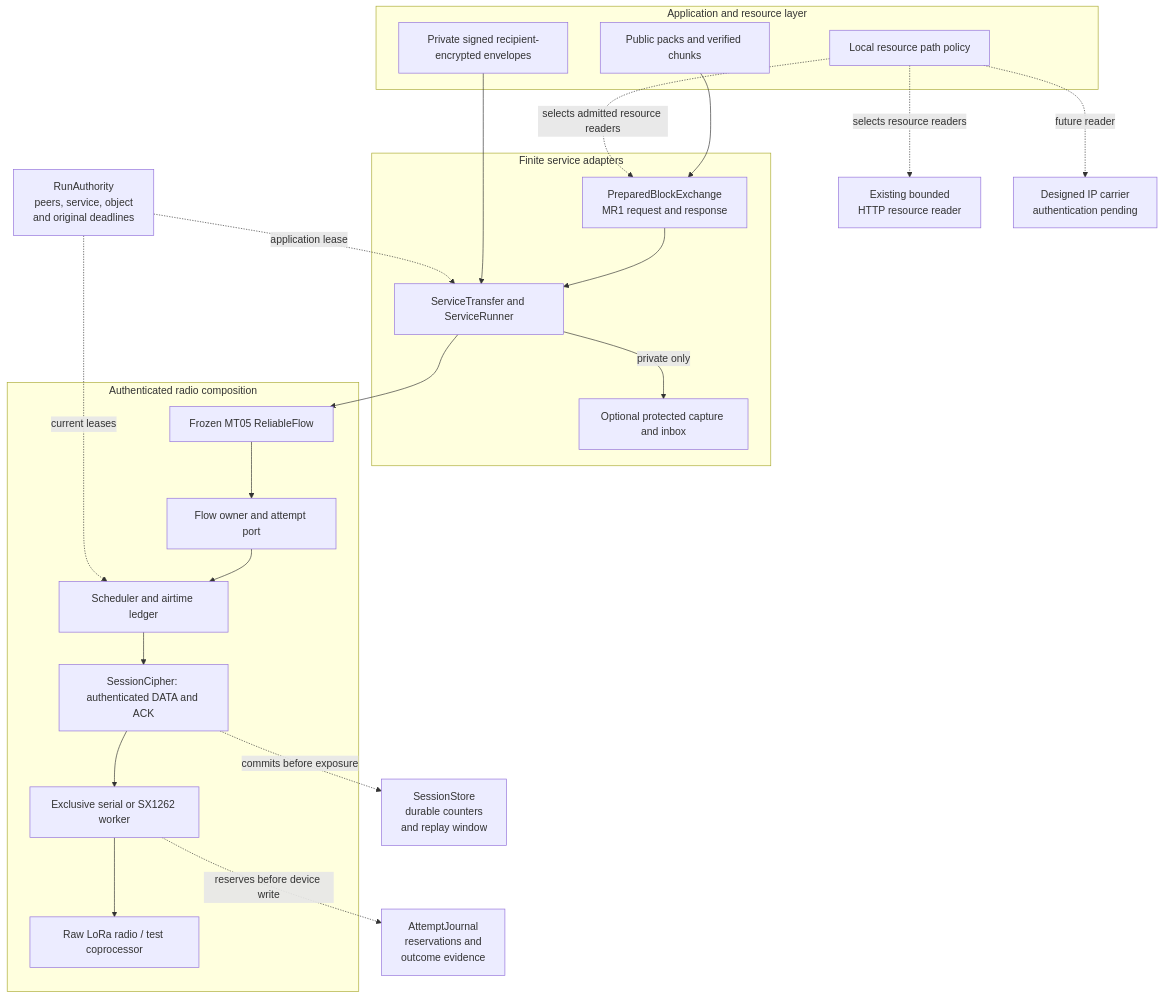
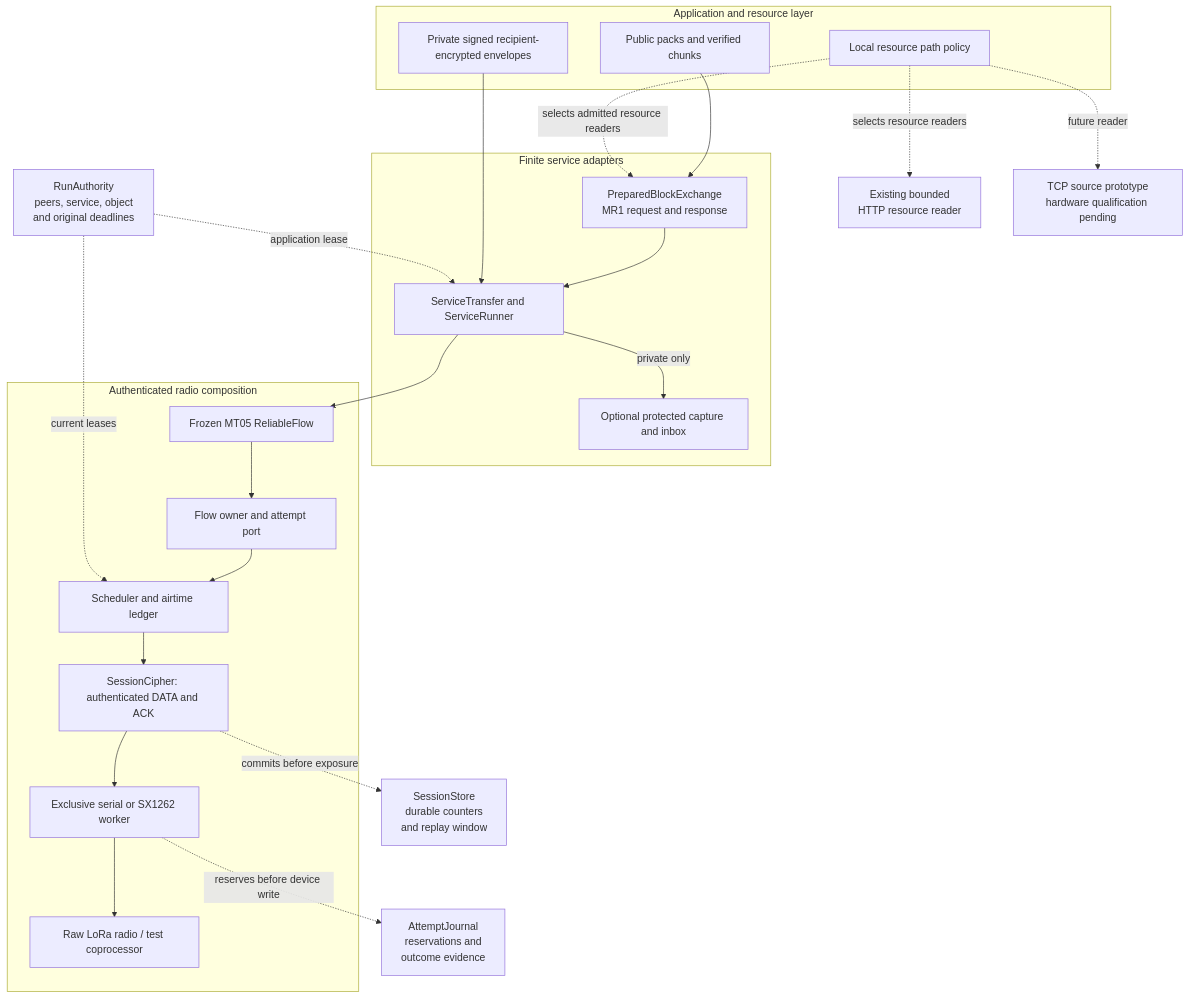
The first of 3 diagrams in docs/ARCHITECTURE.md (l33tdawg/meshticulum), drawn with Mermaid before and after one commit. The commit also changed other lines of this file and 20 other files, not shown here.

Commit message:
Add authenticated TCP source carrier with durable byte accounting

````diff
--- a/docs/ARCHITECTURE.md
+++ b/docs/ARCHITECTURE.md
@@ -11,41 +11,41 @@
 ```mermaid
 flowchart TB
     subgraph Application[Application and resource layer]
         Resources["Public packs and verified chunks"]
         Envelopes["Private signed recipient-encrypted envelopes"]
         Policy["Local resource path policy"]
     end
 
     subgraph Service[Finite service adapters]
         Transfer["ServiceTransfer and ServiceRunner"]
         Blocks["PreparedBlockExchange<br/>MR1 request and response"]
         Capture["Optional protected capture and inbox"]
     end
 
     subgraph Transport[Authenticated radio composition]
         Flow["Frozen MT05 ReliableFlow"]
         Port["Flow owner and attempt port"]
         Scheduler["Scheduler and airtime ledger"]
         Wire["SessionCipher: authenticated DATA and ACK"]
         Worker["Exclusive serial or SX1262 worker"]
         Radio["Raw LoRa radio / test coprocessor"]
     end
 
     Authority["RunAuthority<br/>peers, service, object<br/>and original deadlines"]
     Replay["SessionStore<br/>durable counters<br/>and replay window"]
     Attempts["AttemptJournal<br/>reservations and<br/>outcome evidence"]
     HTTP["Existing bounded<br/>HTTP resource reader"]
-    IP["Designed IP carrier<br/>authentication pending"]
+    IP["TCP source prototype<br/>hardware qualification pending"]
 
     Resources --> Blocks --> Transfer
     Envelopes --> Transfer
     Transfer --> Flow --> Port --> Scheduler --> Wire --> Worker --> Radio
     Transfer -->|private only| Capture
     Policy -. selects admitted resource readers .-> Blocks
     Policy -. selects resource readers .-> HTTP
     Policy -. future reader .-> IP
     Authority -. current leases .-> Scheduler
     Authority -. application lease .-> Transfer
     Wire -. commits before exposure .-> Replay
     Worker -. reserves before device write .-> Attempts
 ```
````
